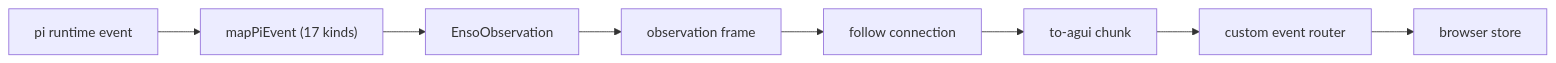
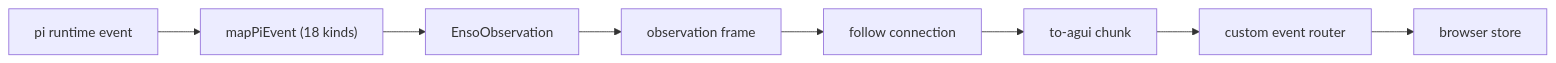
The second of 2 diagrams in docs/reference/flows.md (dopamine911/enso-harness), drawn with Mermaid before and after one commit. The commit also changed other lines of this file and 47 other files, not shown here.

````diff
--- a/docs/reference/flows.md
+++ b/docs/reference/flows.md
@@ -39,11 +41,11 @@
 ```mermaid
 flowchart LR
   Pi["pi runtime event"]
-  Pi --> Mapper["mapPiEvent (17 kinds)"]
+  Pi --> Mapper["mapPiEvent (18 kinds)"]
   Mapper --> Schema["EnsoObservation"]
   Schema --> Frame["observation frame"]
   Frame --> Connection["follow connection"]
   Connection --> Adapter["to-agui chunk"]
   Adapter --> Router["custom event router"]
   Router --> Store["browser store"]
 ```
````
